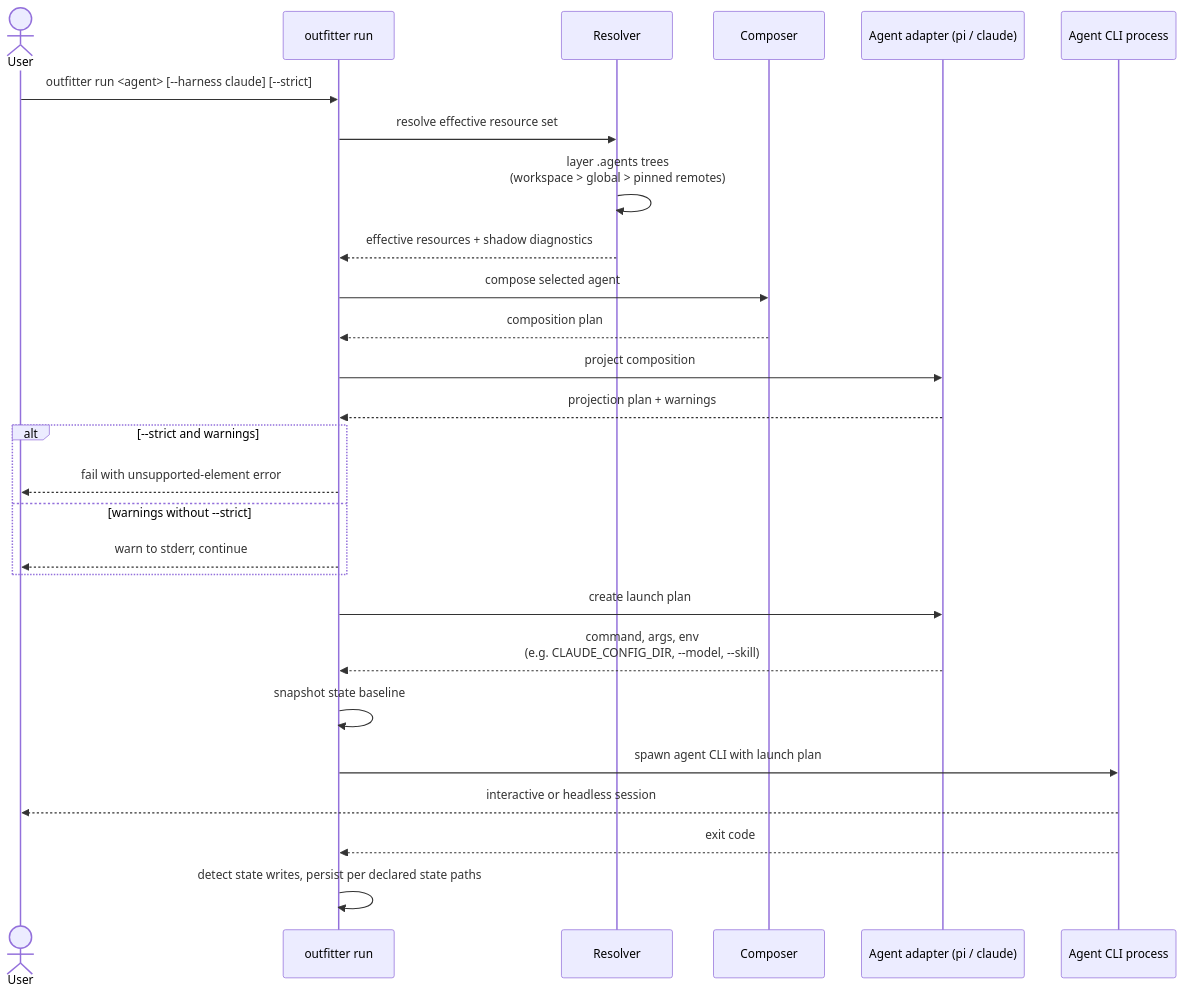
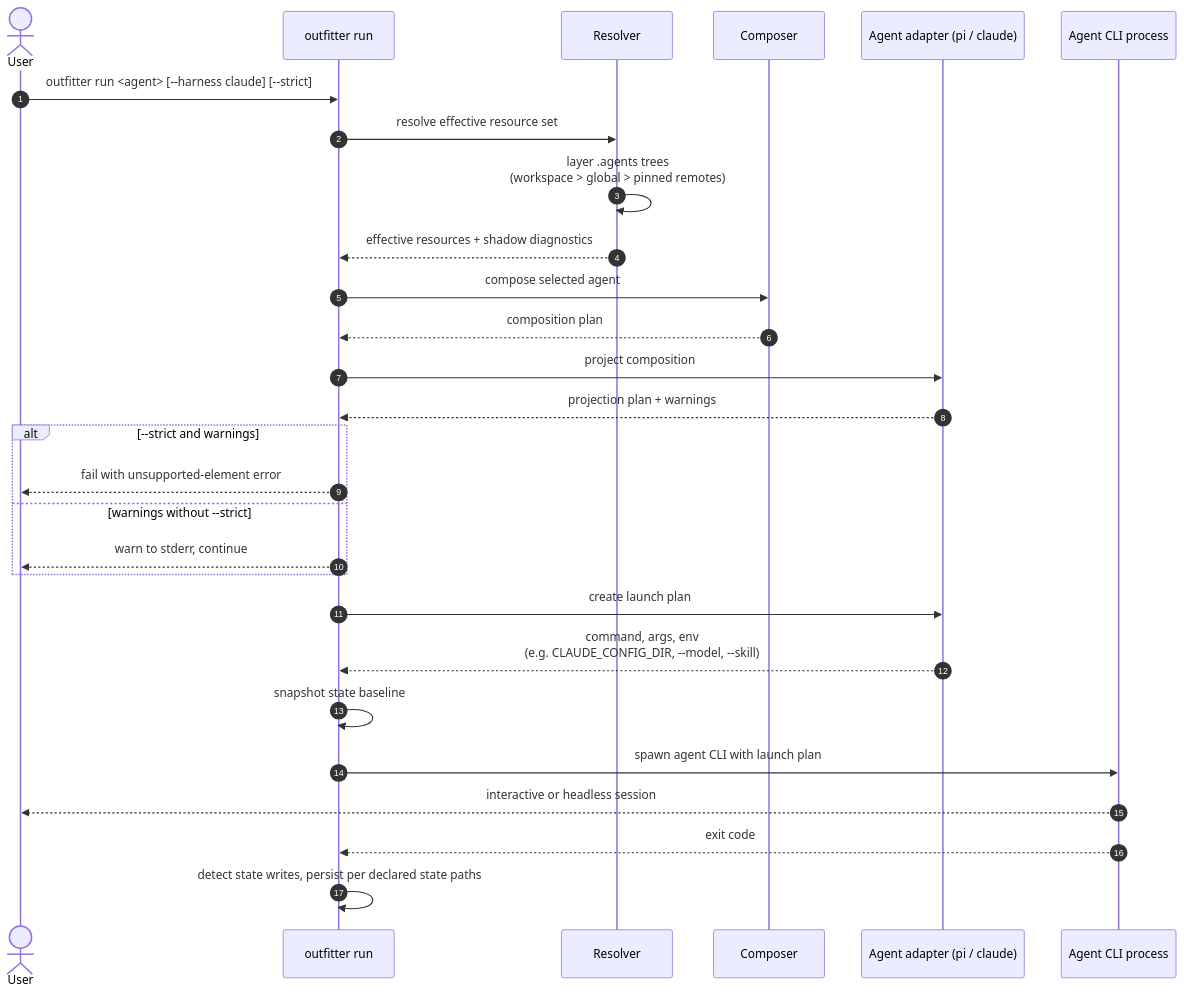
The second of 3 diagrams in docs/architecture/diagrams.md (ai-outfitter/outfitter), drawn with Mermaid before and after one commit. The commit also changed other lines of this file and 13 other files, not shown here.

````diff
--- a/docs/architecture/diagrams.md
+++ b/docs/architecture/diagrams.md
@@ -43,30 +43,31 @@
 ```mermaid
 sequenceDiagram
+  autonumber
   actor User
   participant CLI as outfitter run
   participant Resolver as Resolver
   participant Composer as Composer
   participant Adapter as Agent adapter (pi / claude)
   participant Agent as Agent CLI process
 
   User->>CLI: outfitter run <agent> [--harness claude] [--strict]
   CLI->>Resolver: resolve effective resource set
   Resolver->>Resolver: layer .agents trees<br>(workspace > global > pinned remotes)
   Resolver-->>CLI: effective resources + shadow diagnostics
   CLI->>Composer: compose selected agent
   Composer-->>CLI: composition plan
   CLI->>Adapter: project composition
   Adapter-->>CLI: projection plan + warnings
   alt --strict and warnings
     CLI-->>User: fail with unsupported-element error
   else warnings without --strict
     CLI-->>User: warn to stderr, continue
   end
   CLI->>Adapter: create launch plan
   Adapter-->>CLI: command, args, env<br>(e.g. CLAUDE_CONFIG_DIR, --model, --skill)
   CLI->>CLI: snapshot state baseline
   CLI->>Agent: spawn agent CLI with launch plan
   Agent-->>User: interactive or headless session
   Agent-->>CLI: exit code
   CLI->>CLI: detect state writes, persist per declared state paths
 ```
````
